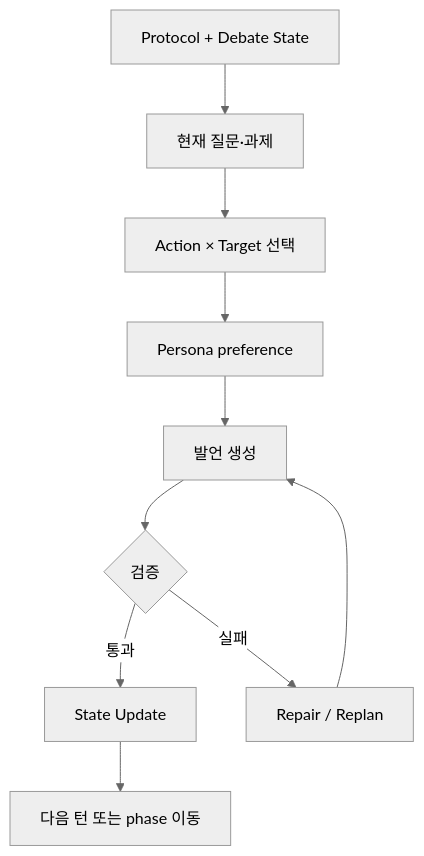
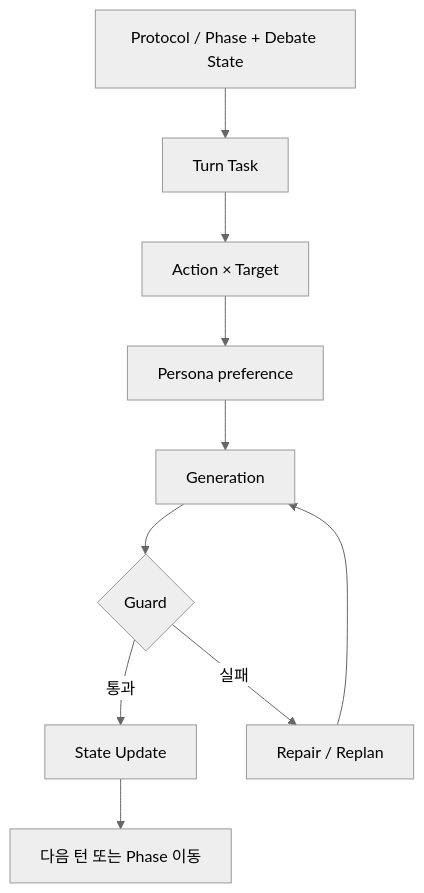
One commit to hodob/A1-3 changed the fourth of 10 diagrams in README.md. Above: the diagram before and after it, drawn with Mermaid (neutral theme). The commit also changed other lines of this file, not shown here.

Commit message:
Clarify Debate Engine control responsibilities

````diff
--- a/README.md
+++ b/README.md
@@ -197,12 +208,12 @@
 ```mermaid
 flowchart TD
-    A[Protocol + Debate State] --> B[현재 질문·과제]
-    B --> C[Action × Target 선택]
+    A[Protocol / Phase + Debate State] --> B[Turn Task]
+    B --> C[Action × Target]
     C --> D[Persona preference]
-    D --> E[발언 생성]
-    E --> F{검증}
+    D --> E[Generation]
+    E --> F{Guard}
     F -->|통과| G[State Update]
     F -->|실패| H[Repair / Replan]
     H --> E
-    G --> I[다음 턴 또는 phase 이동]
+    G --> I[다음 턴 또는 Phase 이동]
 ```
````
